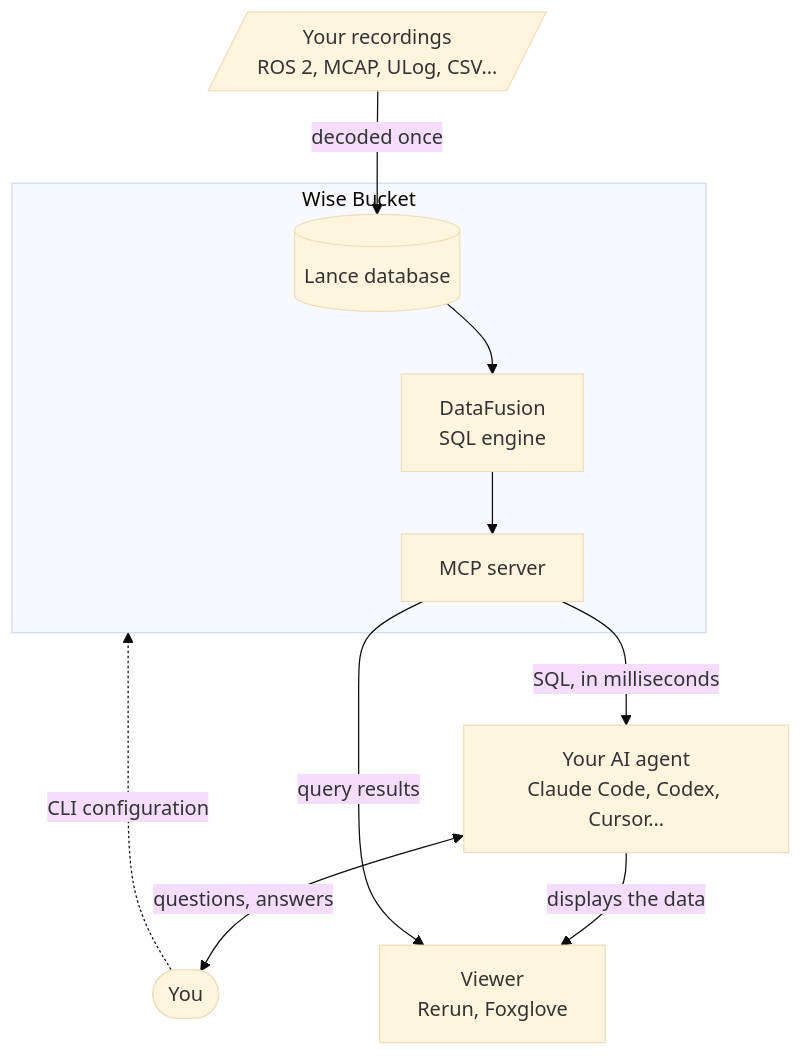
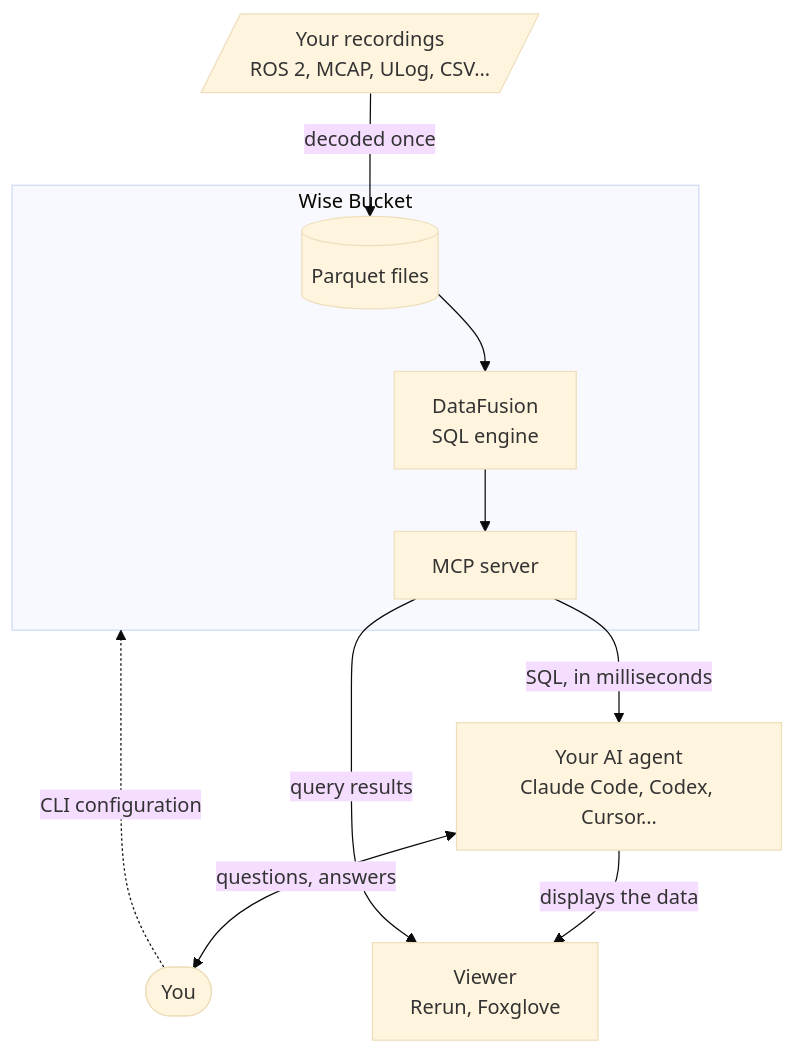
One commit to MBagory/wise-bucket changed the diagram in README.md. Above: the diagram before and after it, drawn with Mermaid (base theme). The commit also changed other lines of this file and 25 other files, not shown here.

First line of the commit message:
Store streams as Parquet; Lance and protoc removed

````diff
--- a/README.md
+++ b/README.md
@@ -40,12 +40,12 @@
 ```mermaid
 flowchart TB
     subgraph wb["Wise Bucket"]
-        store[("Lance database")] --> engine["DataFusion<br/>SQL engine"] --> mcp["MCP server"]
+        store[("Parquet files")] --> engine["DataFusion<br/>SQL engine"] --> mcp["MCP server"]
     end
     rec[/"Your recordings<br/>ROS 2, MCAP, ULog, CSV…"/] -->|"decoded once"| store
     mcp -->|"SQL, in milliseconds"| agent["Your AI agent<br/>Claude Code, Codex, Cursor…"]
     agent <-->|"questions, answers"| you(["You"])
     agent -->|"displays the data"| viewer["Viewer<br/>Rerun, Foxglove"]
     mcp -->|"query results"| viewer
     you -.->|"CLI configuration"| wb
 ```
````
